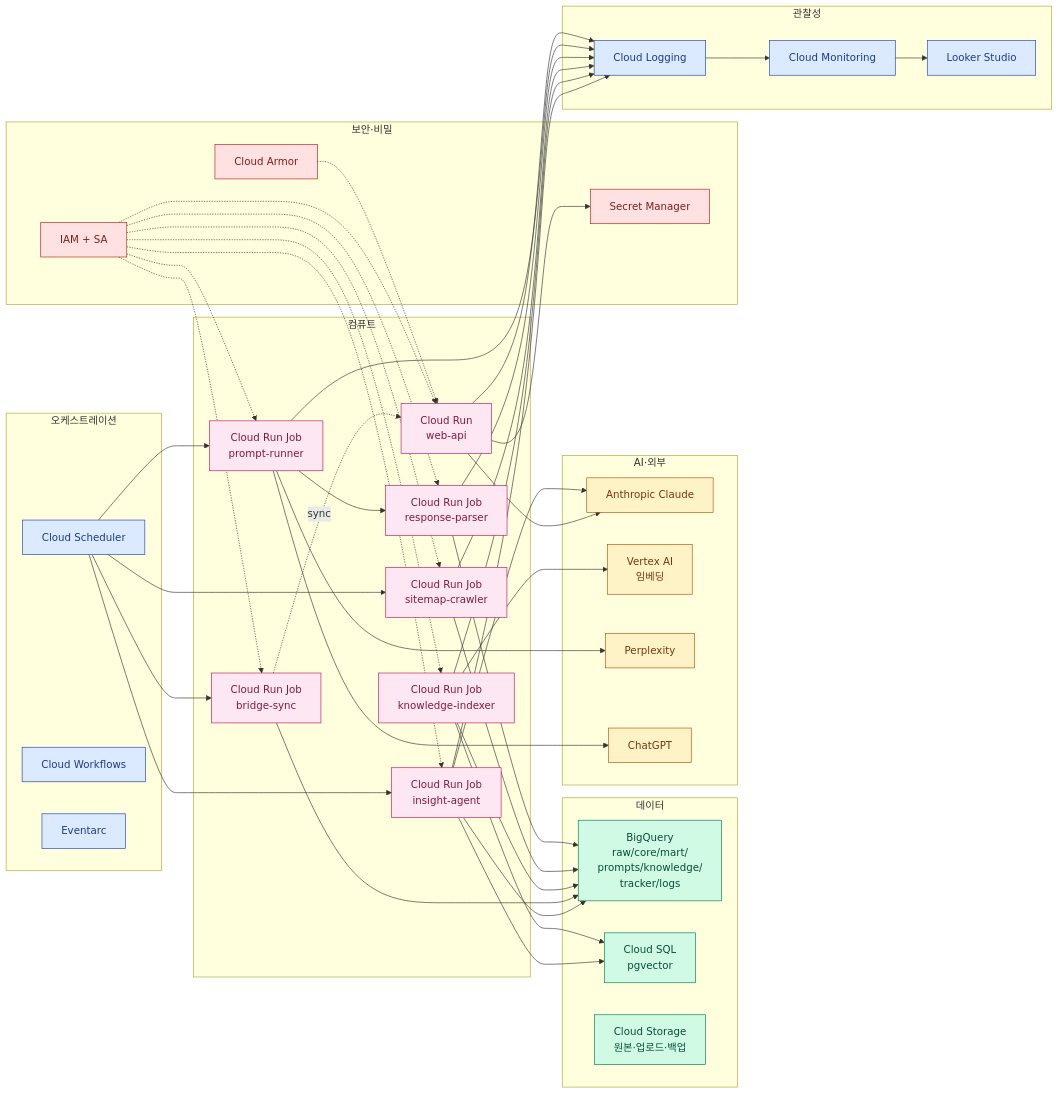
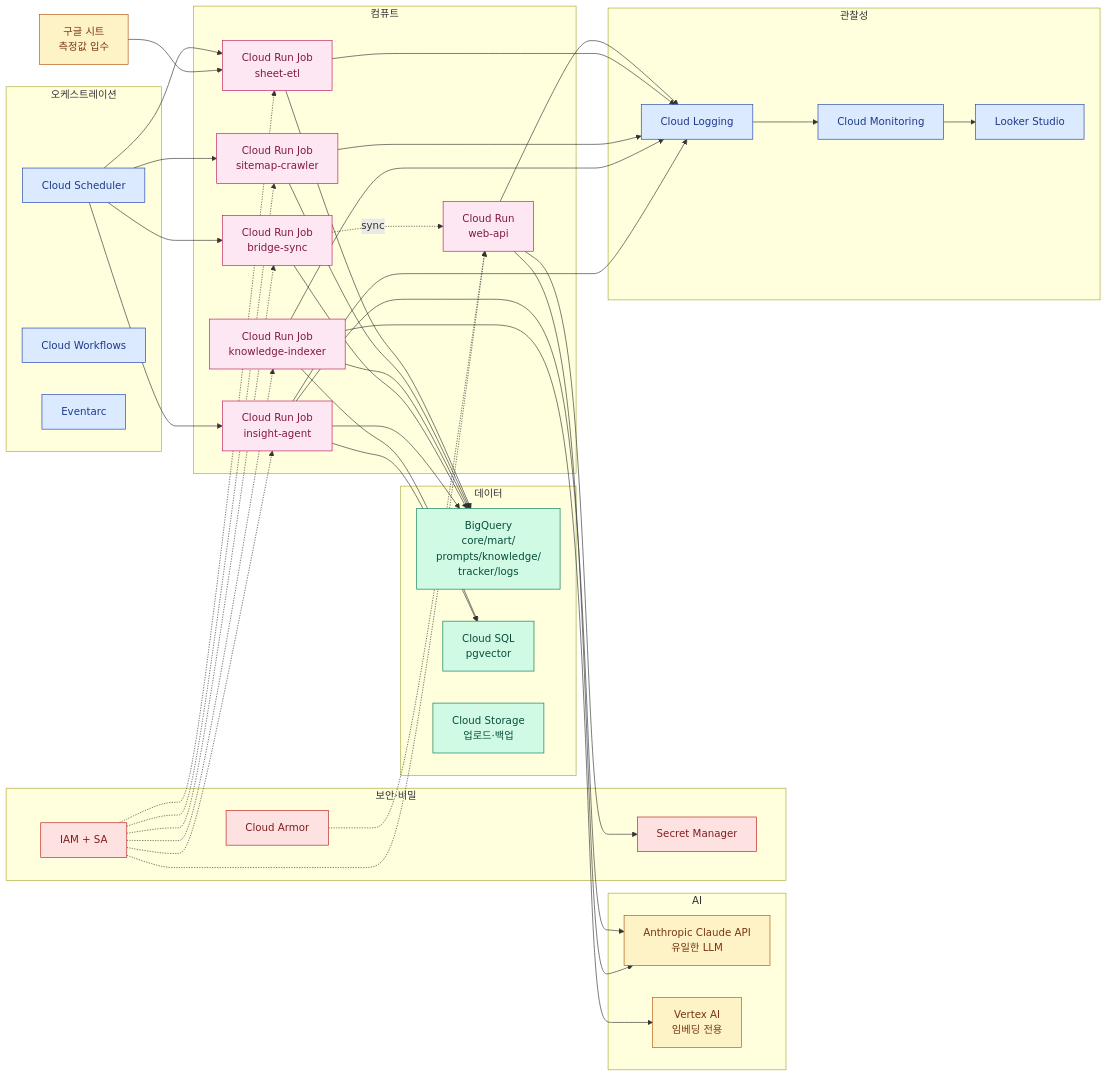
One commit to mts8787-droid/my-geo-newsletter changed the diagram in docs/GCP_INFRA.md. Above: the diagram before and after it, drawn with Mermaid. The commit also changed other lines of this file and 1 other file, not shown here.

First line of the commit message:
docs: To-Be 도식 재작성 — 시각화 강조, 단일 LLM(Claude) 정책, 알림은 부가

````diff
--- a/docs/GCP_INFRA.md
+++ b/docs/GCP_INFRA.md
@@ -299,62 +296,61 @@
 ```mermaid
 flowchart LR
   classDef run fill:#FCE7F3,stroke:#BE185D,color:#831843
   classDef data fill:#D1FAE5,stroke:#047857,color:#064E3B
   classDef ai fill:#FEF3C7,stroke:#B45309,color:#78350F
   classDef ops fill:#DBEAFE,stroke:#1E40AF,color:#1E3A8A
   classDef sec fill:#FEE2E2,stroke:#B91C1C,color:#7F1D1D
 
   subgraph Compute["컴퓨트"]
     WebAPI[Cloud Run<br/>web-api]:::run
-    PR[Cloud Run Job<br/>prompt-runner]:::run
-    PS[Cloud Run Job<br/>response-parser]:::run
+    SE[Cloud Run Job<br/>sheet-etl]:::run
     SC[Cloud Run Job<br/>sitemap-crawler]:::run
     KI[Cloud Run Job<br/>knowledge-indexer]:::run
     BR[Cloud Run Job<br/>bridge-sync]:::run
     IA[Cloud Run Job<br/>insight-agent]:::run
   end
 
   subgraph Data["데이터"]
-    BQ[BigQuery<br/>raw/core/mart/<br/>prompts/knowledge/<br/>tracker/logs]:::data
+    BQ[BigQuery<br/>core/mart/<br/>prompts/knowledge/<br/>tracker/logs]:::data
     SQL[Cloud SQL<br/>pgvector]:::data
-    GCS[Cloud Storage<br/>원본·업로드·백업]:::data
+    GCS[Cloud Storage<br/>업로드·백업]:::data
   end
 
-  subgraph AI["AI·외부"]
-    Cl[Anthropic Claude]:::ai
-    VA[Vertex AI<br/>임베딩]:::ai
-    Perp[Perplexity]:::ai
-    GPT[ChatGPT]:::ai
+  subgraph AI["AI"]
+    Cl[Anthropic Claude API<br/>유일한 LLM]:::ai
+    VA[Vertex AI<br/>임베딩 전용]:::ai
   end
+
+  Sheets[구글 시트<br/>측정값 입수]:::ai
 
   subgraph Orch["오케스트레이션"]
     CS[Cloud Scheduler]:::ops
     CW[Cloud Workflows]:::ops
     Eventarc[Eventarc]:::ops
   end
 
   subgraph Sec["보안·비밀"]
     SM[Secret Manager]:::sec
     CA[Cloud Armor]:::sec
     IAM[IAM + SA]:::sec
   end
 
   subgraph Obs["관찰성"]
     Log[Cloud Logging]:::ops
     Mon[Cloud Monitoring]:::ops
     LS[Looker Studio]:::ops
   end
 
-  CS --> PR --> Perp & GPT
-  PR --> PS --> BQ
+  CS --> SE
+  Sheets --> SE --> BQ
   CS --> SC --> BQ
   KI --> VA & SQL & BQ
   CS --> BR --> BQ
   BR -.sync.-> WebAPI
   CS --> IA --> Cl & BQ & SQL
   WebAPI --> Cl
   WebAPI --> SM
-  WebAPI & PR & PS & SC & KI & IA --> Log --> Mon --> LS
+  WebAPI & SE & SC & KI & IA --> Log --> Mon --> LS
   CA -.->WebAPI
-  IAM -.->WebAPI & PR & PS & SC & KI & BR & IA
+  IAM -.->WebAPI & SE & SC & KI & BR & IA
 ```
````
